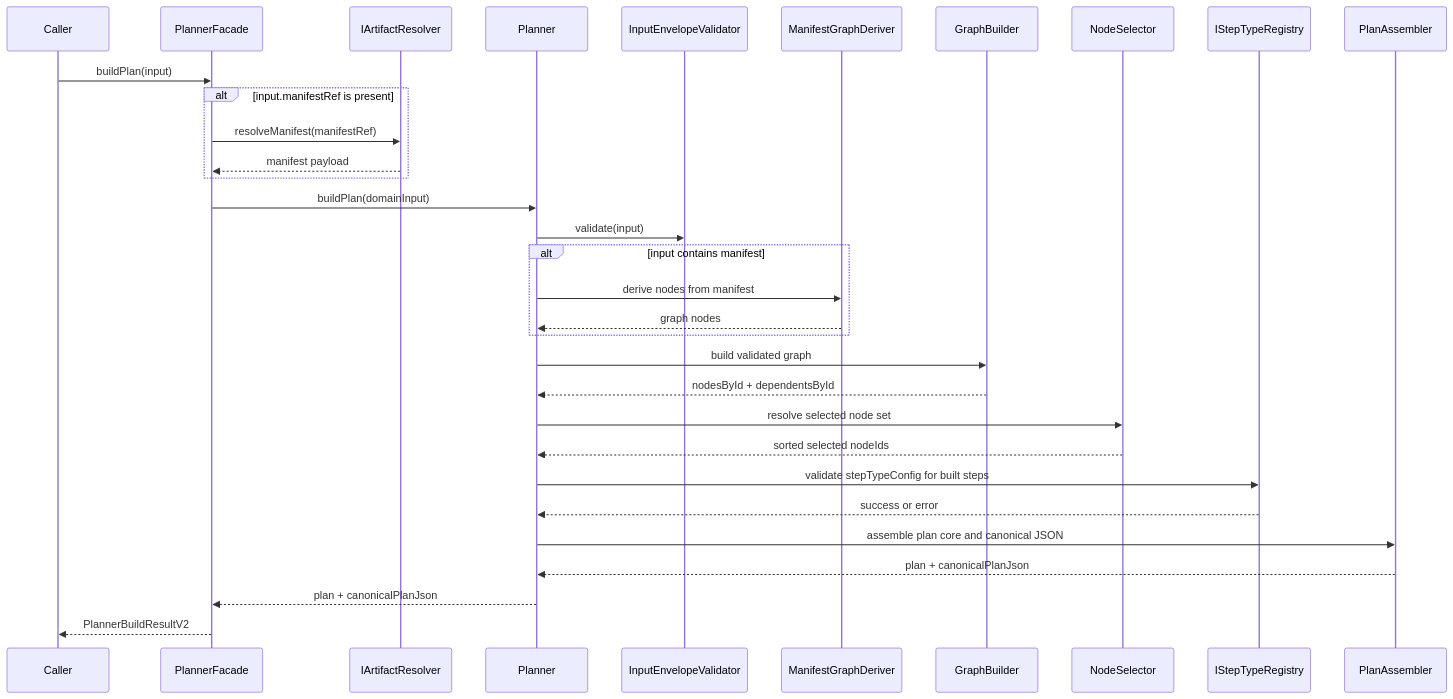
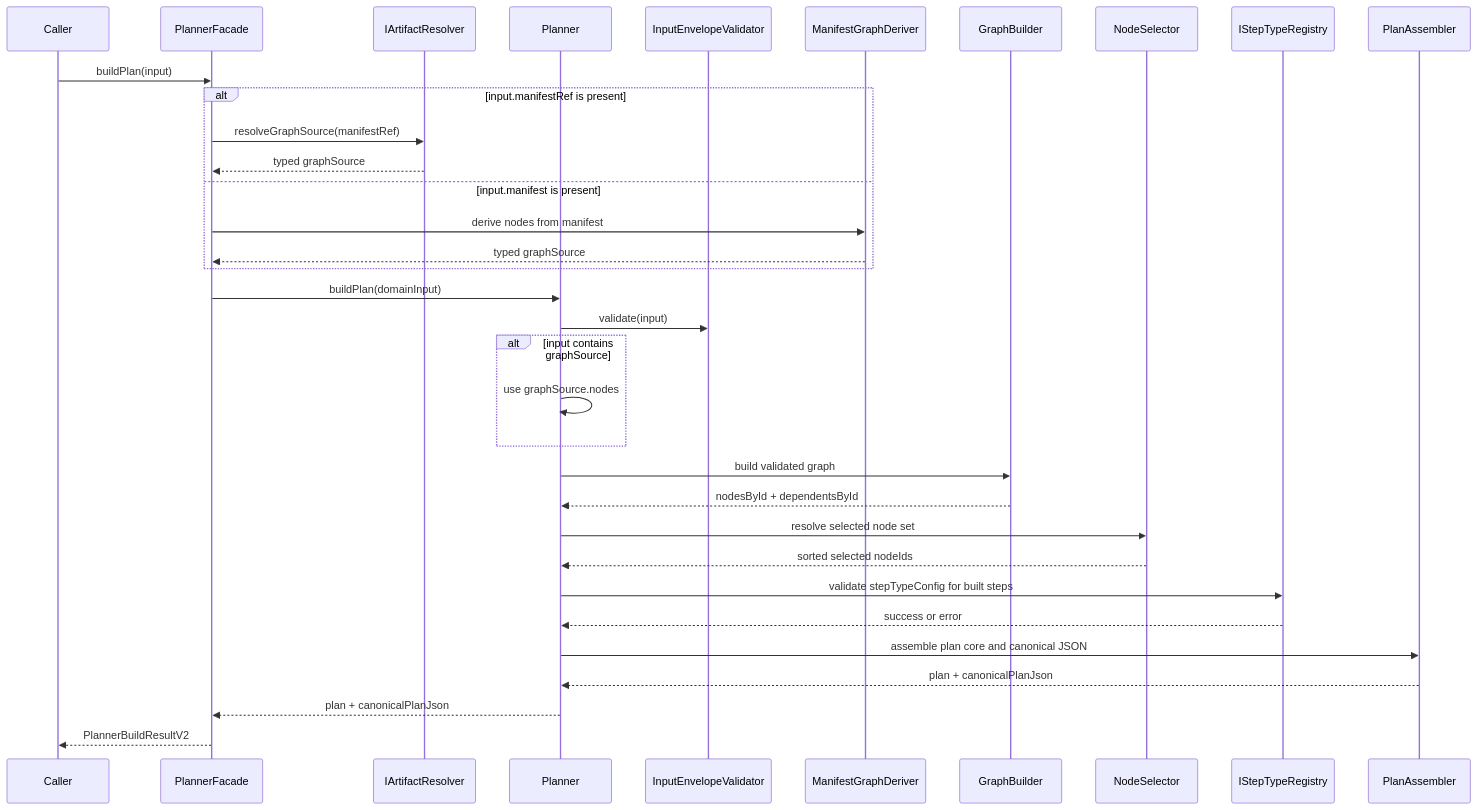
Before and after one commit to dunay2/dvt: the third of 4 diagrams in docs/planning/status/planner-current-state-assessment-20260320.md, drawn with Mermaid. The commit also changed other lines of this file and 27 other files, not shown here.

````diff
--- a/docs/planning/status/planner-current-state-assessment-20260320.md
+++ b/docs/planning/status/planner-current-state-assessment-20260320.md
@@ -318,35 +318,37 @@
 ```mermaid
 sequenceDiagram
     participant Caller
     participant Facade as PlannerFacade
     participant Resolver as IArtifactResolver
     participant Core as Planner
     participant Validator as InputEnvelopeValidator
     participant Deriver as ManifestGraphDeriver
     participant Graph as GraphBuilder
     participant Selector as NodeSelector
     participant Registry as IStepTypeRegistry
     participant Assembler as PlanAssembler
 
     Caller->>Facade: buildPlan(input)
     alt input.manifestRef is present
-        Facade->>Resolver: resolveManifest(manifestRef)
-        Resolver-->>Facade: manifest payload
+        Facade->>Resolver: resolveGraphSource(manifestRef)
+        Resolver-->>Facade: typed graphSource
+    else input.manifest is present
+        Facade->>Deriver: derive nodes from manifest
+        Deriver-->>Facade: typed graphSource
     end
     Facade->>Core: buildPlan(domainInput)
     Core->>Validator: validate(input)
-    alt input contains manifest
-        Core->>Deriver: derive nodes from manifest
-        Deriver-->>Core: graph nodes
+    alt input contains graphSource
+        Core->>Core: use graphSource.nodes
     end
     Core->>Graph: build validated graph
     Graph-->>Core: nodesById + dependentsById
     Core->>Selector: resolve selected node set
     Selector-->>Core: sorted selected nodeIds
     Core->>Registry: validate stepTypeConfig for built steps
     Registry-->>Core: success or error
     Core->>Assembler: assemble plan core and canonical JSON
     Assembler-->>Core: plan + canonicalPlanJson
     Core-->>Facade: plan + canonicalPlanJson
     Facade-->>Caller: PlannerBuildResultV2
 ```
````
